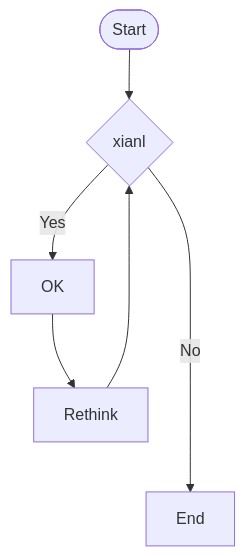
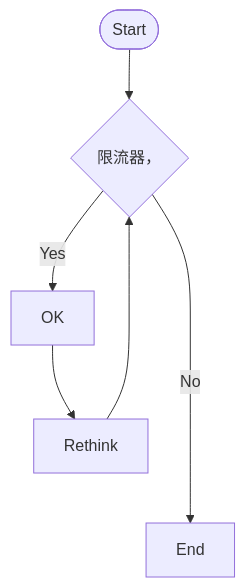
Before and after one commit to yingjianzh/iodraw-files: the diagram in all/未命名-5.md, drawn with Mermaid.

Commit message:
2024-08-08 17:57:59 update

````diff
--- a/all/未命名-5.md
+++ b/all/未命名-5.md
@@ -1,8 +1,8 @@
 ```mermaid
 flowchart TD
-     id1([Start]) --> B{xianl}
+     id1([Start]) --> B{限流器，}
     B -- Yes --> C[OK]
     C --> D[Rethink]
     D --> B
     B -- No ----> E[End]
 ```
````
